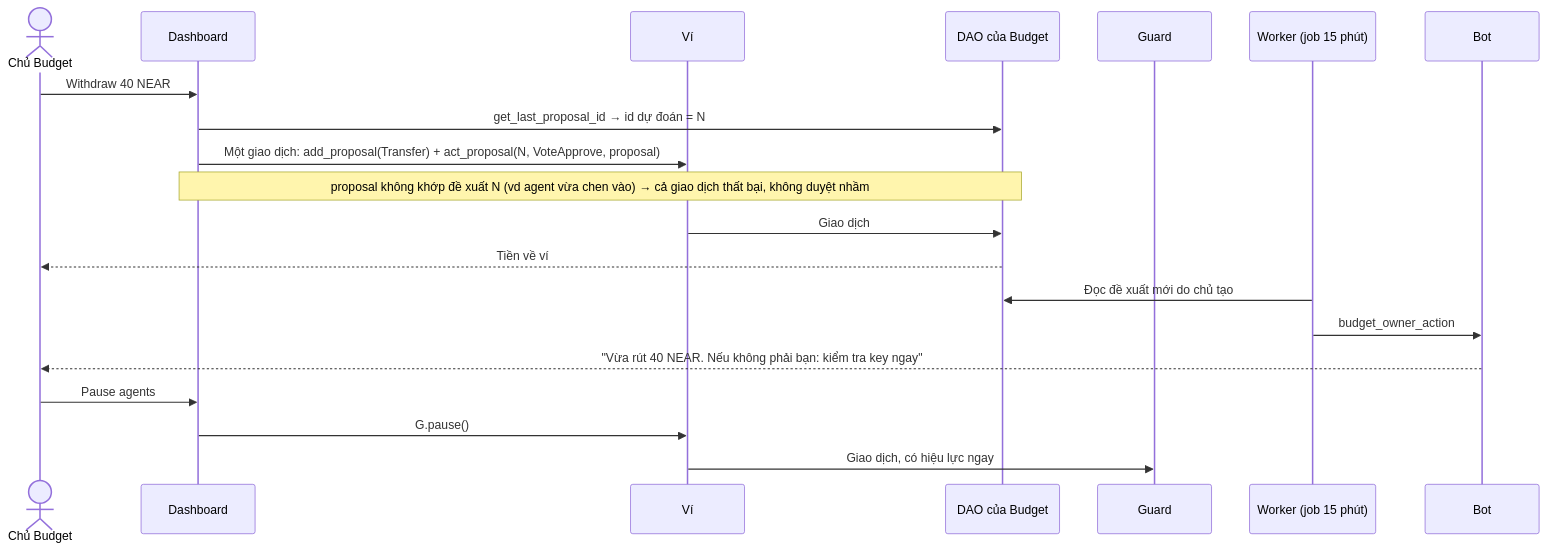
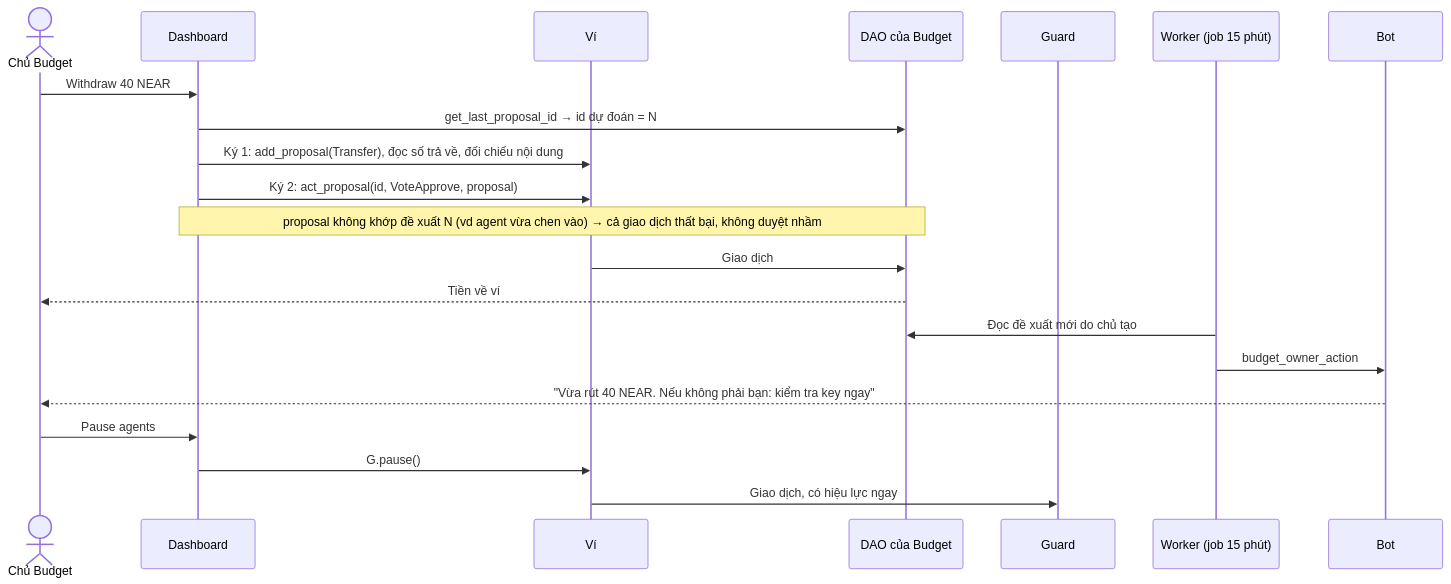
One commit to BLV-Labs/keydoctor changed diagram 18 of 21 in docs/usecase.md. Above: the diagram before and after it, drawn with Mermaid. The commit also changed other lines of this file and 5 other files, not shown here.

First line of the commit message:
docs(spec): plan actions, DAO-only Guard upgrade, two-signature owner flow

````diff
--- a/docs/usecase.md
+++ b/docs/usecase.md
@@ -1011,23 +1011,24 @@
 ```mermaid
 sequenceDiagram
   actor U as Chủ Budget
   participant D as Dashboard
   participant W as Ví
   participant DAO as DAO của Budget
   participant G as Guard
   participant K as Worker (job 15 phút)
   participant B as Bot
 
   U->>D: Withdraw 40 NEAR
   D->>DAO: get_last_proposal_id → id dự đoán = N
-  D->>W: Một giao dịch: add_proposal(Transfer) + act_proposal(N, VoteApprove, proposal)
+  D->>W: Ký 1: add_proposal(Transfer), đọc số trả về, đối chiếu nội dung
+  D->>W: Ký 2: act_proposal(id, VoteApprove, proposal)
   Note over D,DAO: proposal không khớp đề xuất N (vd agent vừa chen vào) → cả giao dịch thất bại, không duyệt nhầm
   W->>DAO: Giao dịch
   DAO-->>U: Tiền về ví
   K->>DAO: Đọc đề xuất mới do chủ tạo
   K->>B: budget_owner_action
   B-->>U: "Vừa rút 40 NEAR. Nếu không phải bạn: kiểm tra key ngay"
   U->>D: Pause agents
   D->>W: G.pause()
   W->>G: Giao dịch, có hiệu lực ngay
 ```
````
